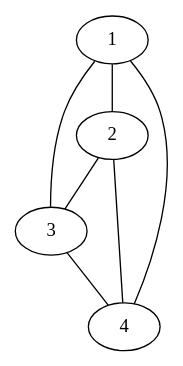
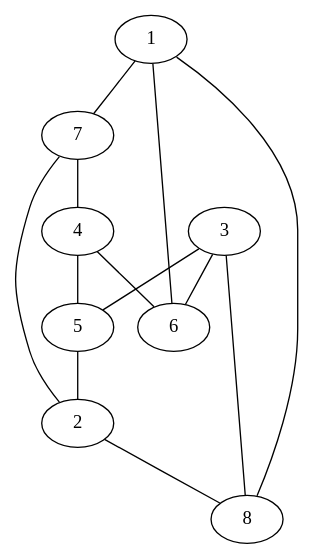
The diagram in lab-4/input/graph5.dot (4lesandr/DM_Sivoshenko_A), drawn with Graphviz before and after one commit. The commit also changed 7 other files, not shown here.

```diff
--- a/lab-4/input/graph5.dot
+++ b/lab-4/input/graph5.dot
@@ -1,8 +1,17 @@
-graph Wheel {
-    1 -- 2;
-    2 -- 3;
-    3 -- 4;
-    4 -- 1;
-    3 -- 1;
-    2 -- 4;
+graph G {
+    // Порядок вершин, приведет к излишнему использованию цветов:
+    1 -- 6;
+    5 -- 2;
+    3 -- 8;
+    7 -- 4;
+    
+    1 -- 7;
+    1 -- 8;
+    2 -- 7;
+    2 -- 8;
+    
+    3 -- 6;
+    3 -- 5;
+    4 -- 5;
+    4 -- 6;
 }
```
